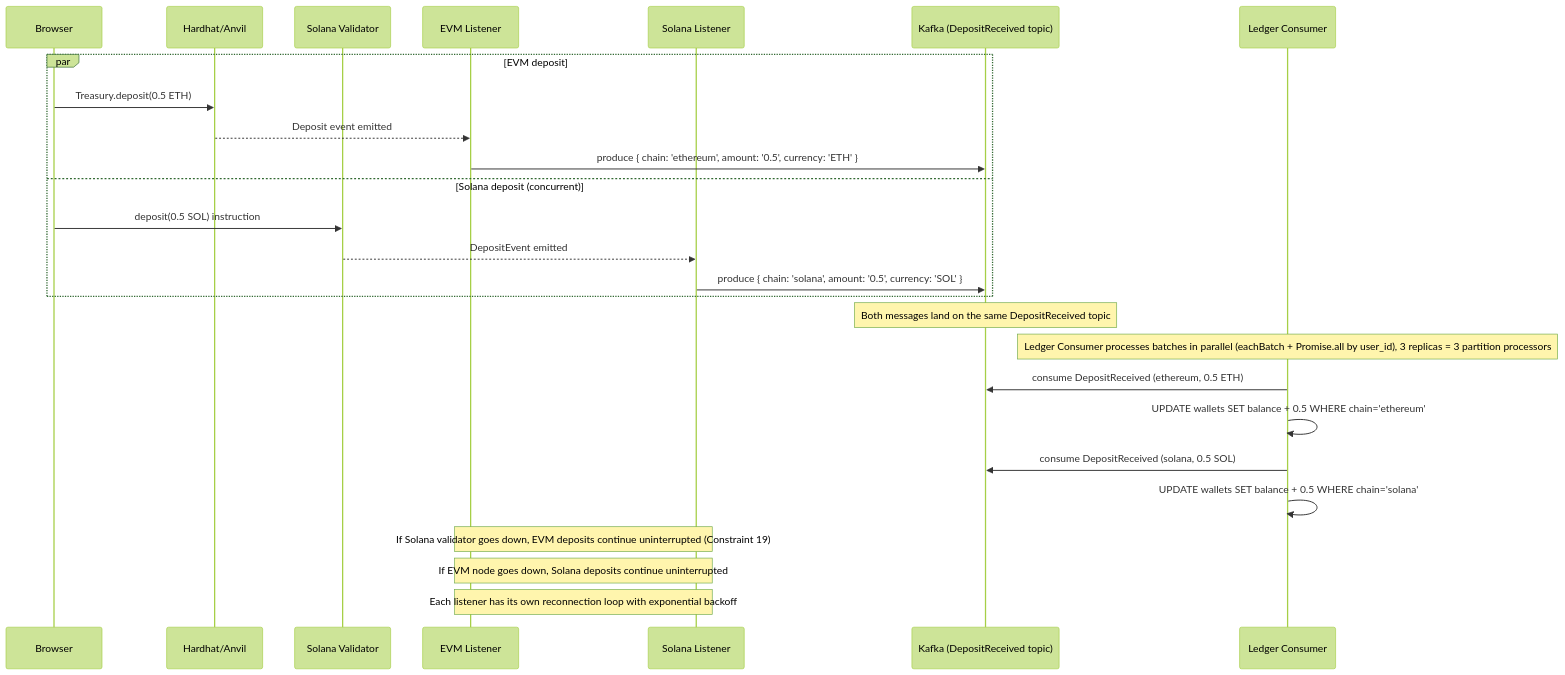
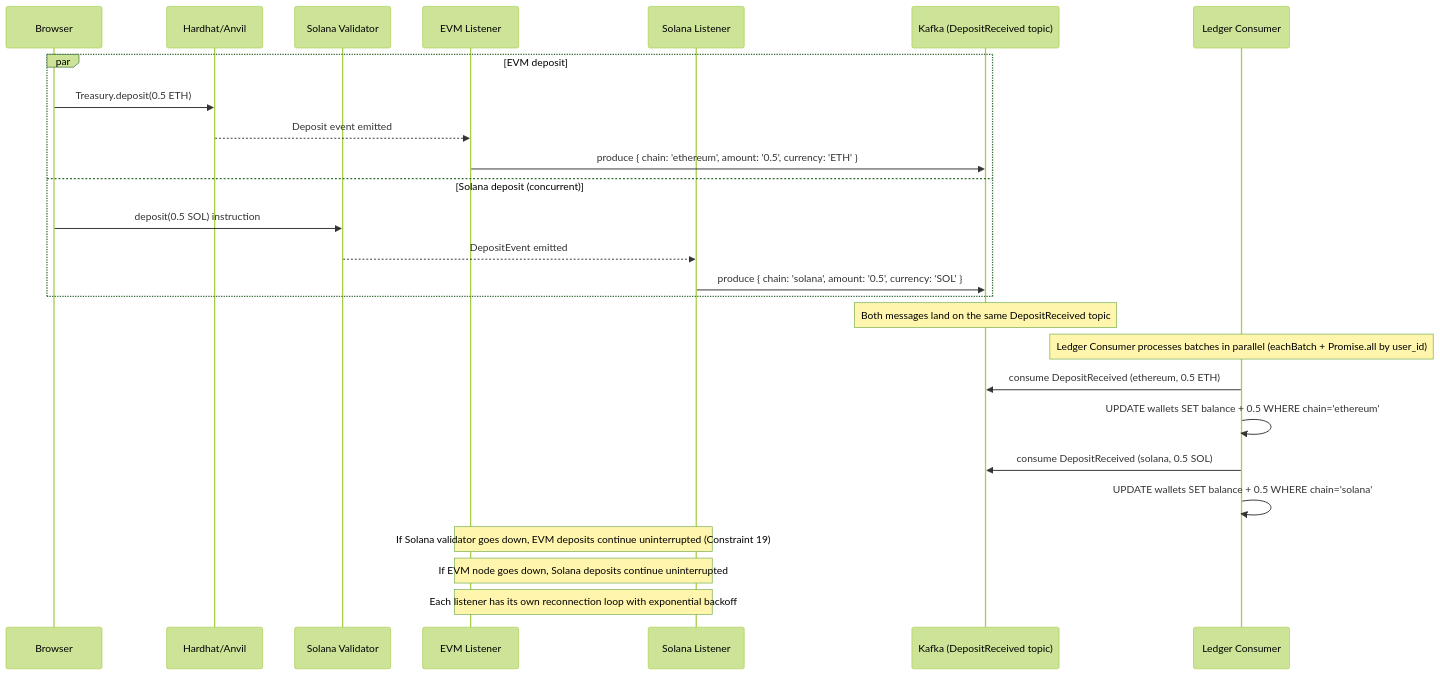
The third of 9 diagrams in documentation/blockchain-flows.md (Fennzo/DiceTilt), drawn with Mermaid (forest theme) before and after one commit. The commit also changed other lines of this file and 24 other files, not shown here.

Commit message:
align architecture docs with current runtime implementation

````diff
--- a/documentation/blockchain-flows.md
+++ b/documentation/blockchain-flows.md
@@ -133,32 +133,32 @@
 ```mermaid
 sequenceDiagram
     participant B as Browser
     participant Anvil as Hardhat/Anvil
     participant SolVal as Solana Validator
     participant EL as EVM Listener
     participant SL as Solana Listener
     participant Kafka as Kafka (DepositReceived topic)
     participant LC as Ledger Consumer
 
     par EVM deposit
         B->>Anvil: Treasury.deposit(0.5 ETH)
         Anvil-->>EL: Deposit event emitted
         EL->>Kafka: produce { chain: 'ethereum', amount: '0.5', currency: 'ETH' }
     and Solana deposit (concurrent)
         B->>SolVal: deposit(0.5 SOL) instruction
         SolVal-->>SL: DepositEvent emitted
         SL->>Kafka: produce { chain: 'solana', amount: '0.5', currency: 'SOL' }
     end
 
     Note over Kafka: Both messages land on the same DepositReceived topic
-    Note over LC: Ledger Consumer processes batches in parallel (eachBatch + Promise.all by user_id), 3 replicas = 3 partition processors
+    Note over LC: Ledger Consumer processes batches in parallel (eachBatch + Promise.all by user_id)
 
     LC->>Kafka: consume DepositReceived (ethereum, 0.5 ETH)
     LC->>LC: UPDATE wallets SET balance + 0.5 WHERE chain='ethereum'
     LC->>Kafka: consume DepositReceived (solana, 0.5 SOL)
     LC->>LC: UPDATE wallets SET balance + 0.5 WHERE chain='solana'
 
     Note over EL,SL: If Solana validator goes down, EVM deposits continue uninterrupted (Constraint 19)
     Note over EL,SL: If EVM node goes down, Solana deposits continue uninterrupted
     Note over EL,SL: Each listener has its own reconnection loop with exponential backoff
 ```
````
